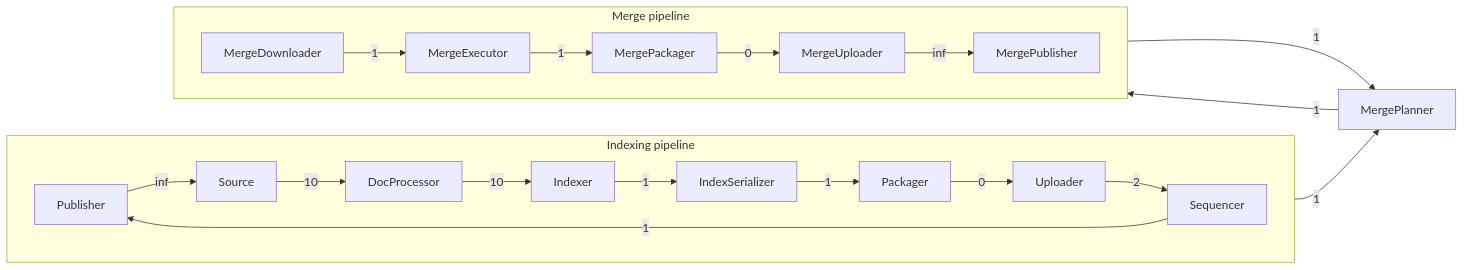
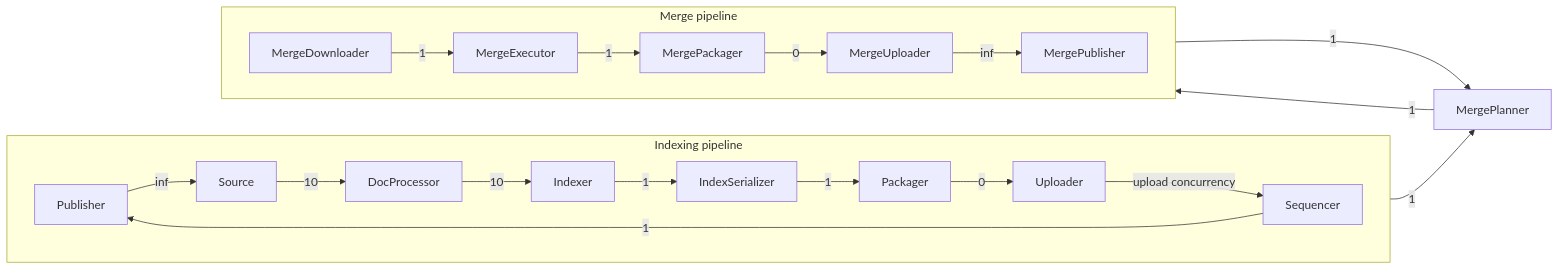
One commit to quickwit-oss/quickwit changed the diagram in quickwit/quickwit-indexing/README.md. Above: the diagram before and after it, drawn with Mermaid. The commit also changed 7 other files, not shown here.

First line of the commit message:
fix(indexing): align sequencer capacity with upload concurrency

````diff
--- a/quickwit/quickwit-indexing/README.md
+++ b/quickwit/quickwit-indexing/README.md
@@ -1,24 +1,24 @@
 ```mermaid
 flowchart LR
     subgraph Indexing pipeline
         direction LR
         publisher --inf--> source
         source[Source] --10--> doc_processor
         doc_processor[DocProcessor] --10--> indexer
         indexer[Indexer] --1--> serializer
         serializer[IndexSerializer] --1--> packager
         packager[Packager] --0--> uploader
-        uploader[Uploader] --2--> sequencer
+        uploader[Uploader] --upload concurrency--> sequencer
         sequencer[Sequencer] --1--> publisher
     end
     subgraph Merge pipeline
         direction LR
         merge_downloader[MergeDownloader] --1--> merge_executor
         merge_executor[MergeExecutor] --1--> merge_packager
         merge_packager[MergePackager] --0--> merge_uploader
         merge_uploader[MergeUploader] --inf--> merge_publisher
     end
     merge_planner[MergePlanner] --1--> merge_downloader
     merge_publisher[MergePublisher] --1--> merge_planner
     publisher[Publisher] --1--> merge_planner
 ```
````
